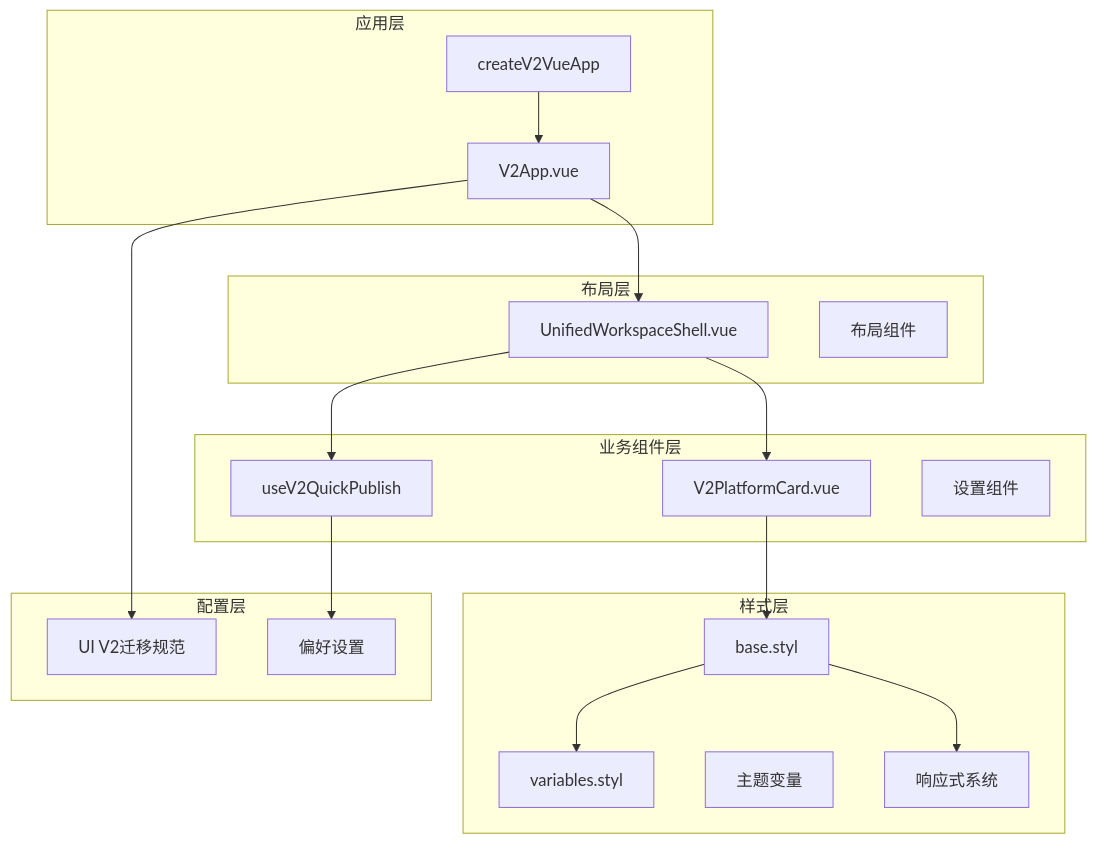
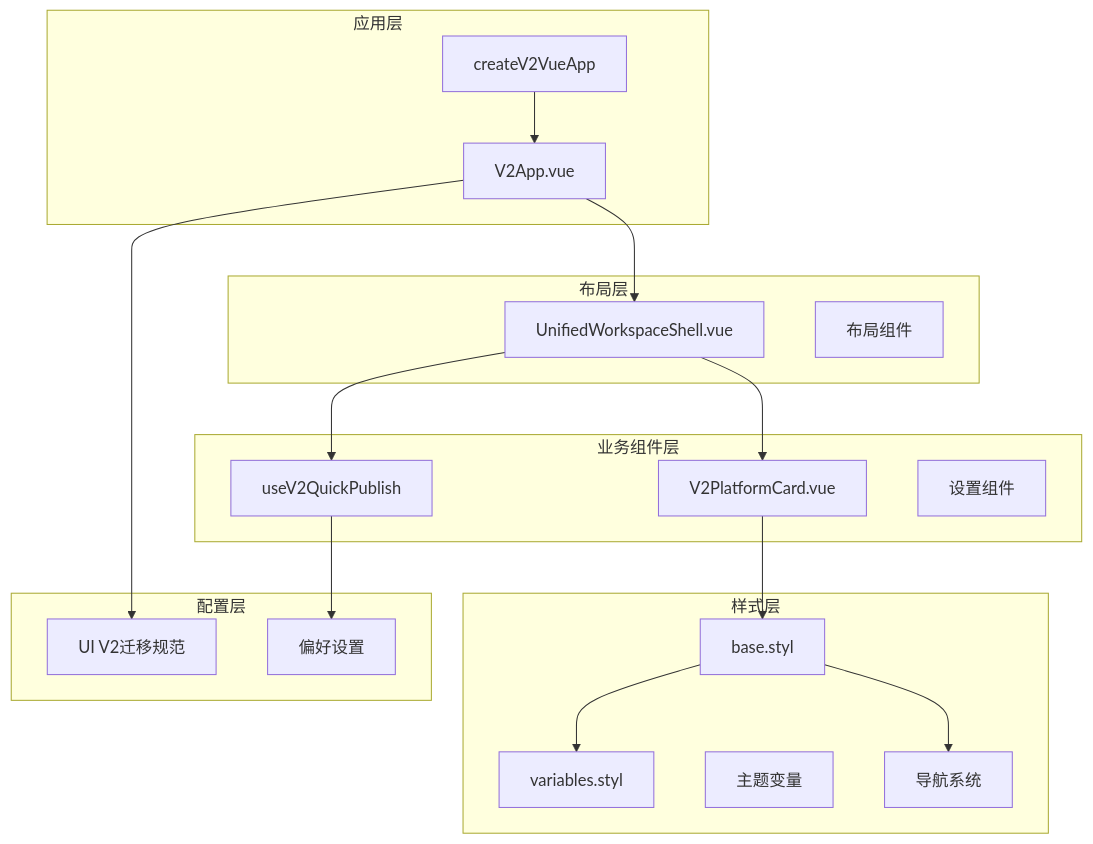
Before and after one commit to terwer/siyuan-plugin-publisher: the first of 11 diagrams in .qoder/repowiki/zh/content/用户界面组件/UI V2 设计原则.md, drawn with Mermaid. The commit also changed other lines of this file and 16 other files, not shown here.

First line of the commit message:
feat!: migrate V2 UI architecture from iframe SPA to native DOM mounting

````diff
--- a/.qoder/repowiki/zh/content/用户界面组件/UI V2 设计原则.md
+++ b/.qoder/repowiki/zh/content/用户界面组件/UI V2 设计原则.md
@@ -47,35 +47,35 @@
 ```mermaid
 graph TB
 subgraph "应用层"
 V2App[V2App.vue]
 CreateApp[createV2VueApp]
 end
 subgraph "布局层"
 Shell[UnifiedWorkspaceShell.vue]
 Layout[布局组件]
 end
 subgraph "业务组件层"
 PlatformCard[V2PlatformCard.vue]
 QuickPublish[useV2QuickPublish]
 Settings[设置组件]
 end
 subgraph "样式层"
 BaseStyle[base.styl]
 Variables[variables.styl]
 Theme[主题变量]
-Responsive[响应式系统]
+Navigation[导航系统]
 end
 subgraph "配置层"
 MigrationSpec[UI V2迁移规范]
 Preferences[偏好设置]
 end
 CreateApp --> V2App
 V2App --> Shell
 Shell --> PlatformCard
 Shell --> QuickPublish
 PlatformCard --> BaseStyle
 BaseStyle --> Variables
-BaseStyle --> Responsive
+BaseStyle --> Navigation
 V2App --> MigrationSpec
 QuickPublish --> Preferences
 ```
````
